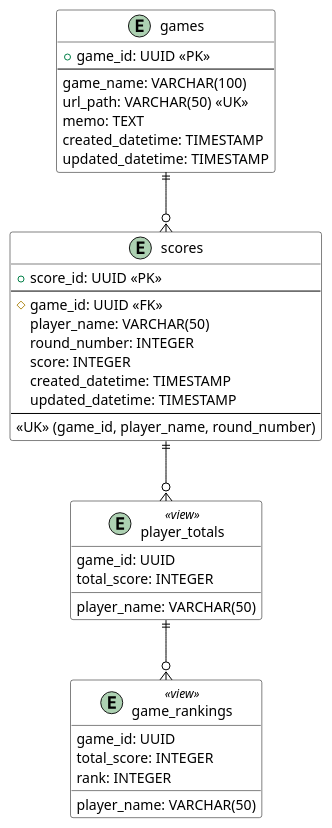
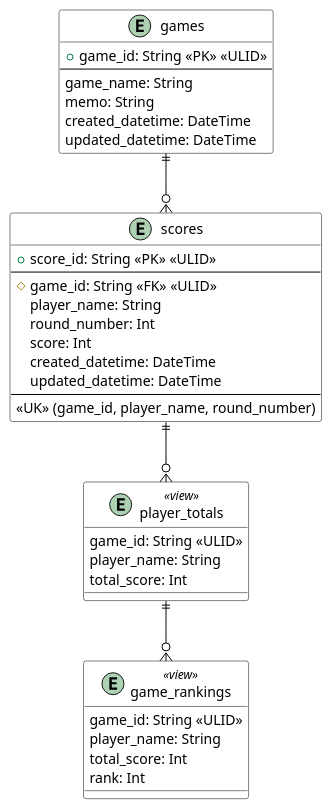
Before and after one commit to Mayoneeeez/tokutenban: the diagram in docs/er-diagram.puml, drawn with PlantUML. The commit also changed 4 other files, not shown here.

```diff
--- a/docs/er-diagram.puml
+++ b/docs/er-diagram.puml
@@ -1,54 +1,53 @@
 @startuml ER Diagram
 
 ' Styling
 skinparam linetype ortho
 skinparam class {
     BackgroundColor White
     BorderColor Black
     ArrowColor Black
 }
 
 ' Tables
 entity "games" as games {
-    + game_id: UUID <<PK>>
+    + game_id: String <<PK>> <<ULID>>
     --
-    game_name: VARCHAR(100)
-    url_path: VARCHAR(50) <<UK>>
-    memo: TEXT
-    created_datetime: TIMESTAMP
-    updated_datetime: TIMESTAMP
+    game_name: String
+    memo: String
+    created_datetime: DateTime
+    updated_datetime: DateTime
 }
 
 entity "scores" as scores {
-    + score_id: UUID <<PK>>
+    + score_id: String <<PK>> <<ULID>>
     --
-    # game_id: UUID <<FK>>
-    player_name: VARCHAR(50)
-    round_number: INTEGER
-    score: INTEGER
-    created_datetime: TIMESTAMP
-    updated_datetime: TIMESTAMP
+    # game_id: String <<FK>> <<ULID>>
+    player_name: String
+    round_number: Int
+    score: Int
+    created_datetime: DateTime
+    updated_datetime: DateTime
     --
     <<UK>> (game_id, player_name, round_number)
 }
 
 ' Views
 entity "player_totals" as player_totals <<view>> {
-    game_id: UUID
-    player_name: VARCHAR(50)
-    total_score: INTEGER
+    game_id: String <<ULID>>
+    player_name: String
+    total_score: Int
 }
 
 entity "game_rankings" as game_rankings <<view>> {
-    game_id: UUID
-    player_name: VARCHAR(50)
-    total_score: INTEGER
-    rank: INTEGER
+    game_id: String <<ULID>>
+    player_name: String
+    total_score: Int
+    rank: Int
 }
 
 ' Relationships
 games ||--o{ scores
 scores ||--o{ player_totals
 player_totals ||--o{ game_rankings
 
 @enduml 
```
